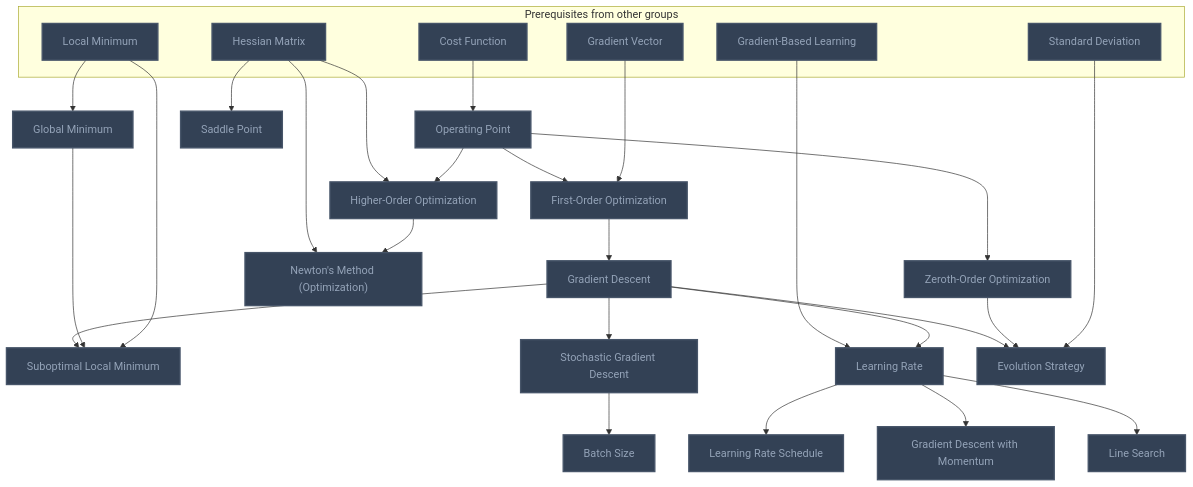
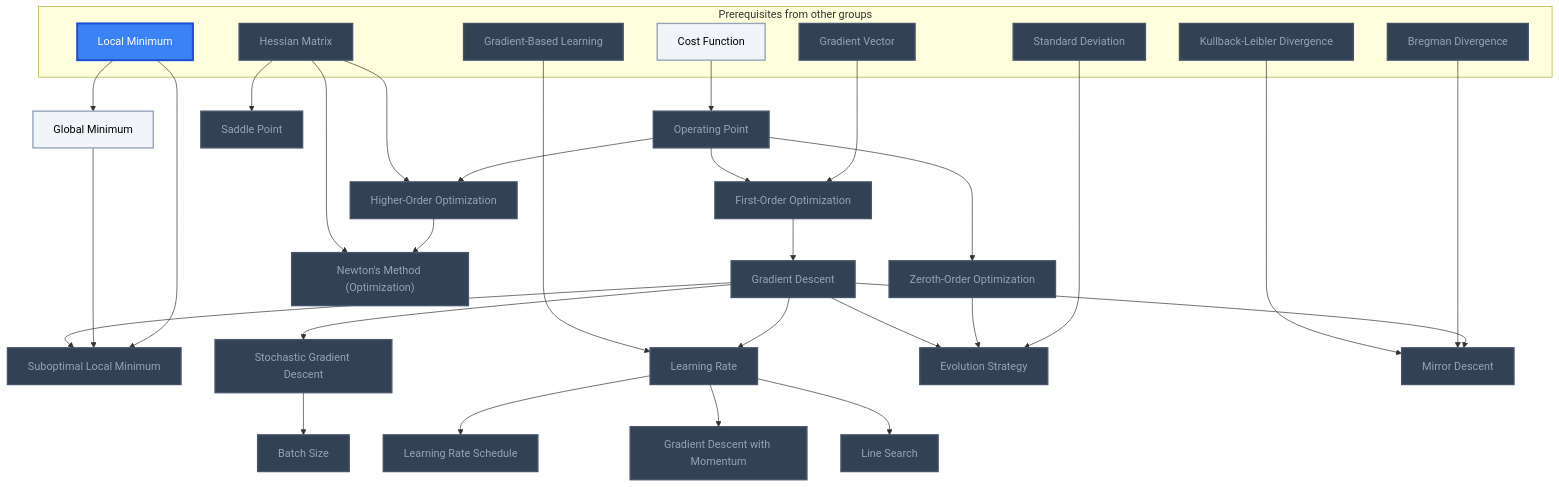
The second of 2 diagrams in Gamification/Skill Trees/Optimization.md (MRauf1/My-Notes), drawn with Mermaid before and after one commit. The commit also changed other lines of this file and 156 other files, not shown here.

````diff
--- a/Gamification/Skill Trees/Optimization.md
+++ b/Gamification/Skill Trees/Optimization.md
@@ -39,62 +40,70 @@
 ```mermaid
 flowchart TD
     classDef planned fill:#1E293B,stroke:#64748B,stroke-width:2px,stroke-dasharray:5 5,color:#94A3B8;
     classDef locked fill:#334155,stroke:#475569,stroke-width:2px,color:#94A3B8;
     classDef L0 fill:#F1F5F9,stroke:#94A3B8,stroke-width:2px,color:#000000;
     classDef L1 fill:#22C55E,stroke:#15803D,stroke-width:2px,color:#000000;
     classDef L2 fill:#3B82F6,stroke:#1D4ED8,stroke-width:3px,color:#FFFFFF;
     classDef L3 fill:#A855F7,stroke:#6B21A8,stroke-width:3px,color:#FFFFFF,font-weight:bold;
     classDef L4 fill:#F97316,stroke:#C2410C,stroke-width:4px,color:#000000,font-weight:bold;
     classDef L5 fill:#FFD700,stroke:#FF8C00,stroke-width:5px,color:#000000,font-weight:bold;
     classDef rusty stroke:#8B4513,stroke-width:4px,stroke-dasharray:3 3;
     subgraph sg_prereqs["Prerequisites from other groups"]
         n_cost_function["Cost Function"]
         n_gradient_vector["Gradient Vector"]
         n_hessian_matrix["Hessian Matrix"]
         n_gradient_based_learning["Gradient-Based Learning"]
         n_local_minimum["Local Minimum"]
         n_standard_deviation["Standard Deviation"]
+        n_bregman_divergence["Bregman Divergence"]
+        n_kullback_leibler_divergence["Kullback-Leibler Divergence"]
     end
     n_operating_point["Operating Point"]
     n_zeroth_order_optimization["Zeroth-Order Optimization"]
     n_first_order_optimization["First-Order Optimization"]
     n_higher_order_optimization["Higher-Order Optimization"]
     n_global_minimum["Global Minimum"]
     n_suboptimal_local_minimum["Suboptimal Local Minimum"]
     n_saddle_point["Saddle Point"]
     n_gradient_descent["Gradient Descent"]
     n_learning_rate["Learning Rate"]
     n_learning_rate_schedule["Learning Rate Schedule"]
     n_stochastic_gradient_descent["Stochastic Gradient Descent"]
     n_batch_size["Batch Size"]
     n_gradient_descent_with_momentum["Gradient Descent with Momentum"]
     n_line_search["Line Search"]
     n_newton_s_method_optimization["Newton's Method (Optimization)"]
     n_evolution_strategy["Evolution Strategy"]
+    n_mirror_descent["Mirror Descent"]
     n_cost_function --> n_operating_point
     n_operating_point --> n_zeroth_order_optimization
     n_gradient_vector --> n_first_order_optimization
     n_operating_point --> n_first_order_optimization
     n_operating_point --> n_higher_order_optimization
     n_hessian_matrix --> n_higher_order_optimization
     n_first_order_optimization --> n_gradient_descent
     n_gradient_descent --> n_learning_rate
     n_gradient_based_learning --> n_learning_rate
     n_learning_rate --> n_learning_rate_schedule
     n_gradient_descent --> n_stochastic_gradient_descent
     n_stochastic_gradient_descent --> n_batch_size
     n_learning_rate --> n_gradient_descent_with_momentum
     n_local_minimum --> n_suboptimal_local_minimum
     n_global_minimum --> n_suboptimal_local_minimum
     n_gradient_descent --> n_suboptimal_local_minimum
     n_standard_deviation --> n_evolution_strategy
     n_zeroth_order_optimization --> n_evolution_strategy
     n_gradient_descent --> n_evolution_strategy
     n_local_minimum --> n_global_minimum
     n_hessian_matrix --> n_saddle_point
     n_higher_order_optimization --> n_newton_s_method_optimization
     n_hessian_matrix --> n_newton_s_method_optimization
     n_learning_rate --> n_line_search
-    class n_cost_function,n_gradient_vector,n_hessian_matrix,n_gradient_based_learning,n_local_minimum,n_standard_deviation,n_operating_point,n_zeroth_order_optimization,n_first_order_optimization,n_higher_order_optimization,n_global_minimum,n_suboptimal_local_minimum,n_saddle_point,n_gradient_descent,n_learning_rate,n_learning_rate_schedule,n_stochastic_gradient_descent,n_batch_size,n_gradient_descent_with_momentum,n_line_search,n_newton_s_method_optimization,n_evolution_strategy locked;
-    class n_cost_function,n_gradient_vector,n_hessian_matrix,n_gradient_based_learning,n_local_minimum,n_standard_deviation,n_operating_point,n_zeroth_order_optimization,n_first_order_optimization,n_higher_order_optimization,n_global_minimum,n_suboptimal_local_minimum,n_saddle_point,n_gradient_descent,n_learning_rate,n_learning_rate_schedule,n_stochastic_gradient_descent,n_batch_size,n_gradient_descent_with_momentum,n_line_search,n_newton_s_method_optimization,n_evolution_strategy internal-link;
+    n_gradient_descent --> n_mirror_descent
+    n_bregman_divergence --> n_mirror_descent
+    n_kullback_leibler_divergence --> n_mirror_descent
+    class n_gradient_vector,n_hessian_matrix,n_gradient_based_learning,n_standard_deviation,n_bregman_divergence,n_kullback_leibler_divergence,n_operating_point,n_zeroth_order_optimization,n_first_order_optimization,n_higher_order_optimization,n_suboptimal_local_minimum,n_saddle_point,n_gradient_descent,n_learning_rate,n_learning_rate_schedule,n_stochastic_gradient_descent,n_batch_size,n_gradient_descent_with_momentum,n_line_search,n_newton_s_method_optimization,n_evolution_strategy,n_mirror_descent locked;
+    class n_cost_function,n_global_minimum L0;
+    class n_local_minimum L2;
+    class n_cost_function,n_gradient_vector,n_hessian_matrix,n_gradient_based_learning,n_local_minimum,n_standard_deviation,n_bregman_divergence,n_kullback_leibler_divergence,n_operating_point,n_zeroth_order_optimization,n_first_order_optimization,n_higher_order_optimization,n_global_minimum,n_suboptimal_local_minimum,n_saddle_point,n_gradient_descent,n_learning_rate,n_learning_rate_schedule,n_stochastic_gradient_descent,n_batch_size,n_gradient_descent_with_momentum,n_line_search,n_newton_s_method_optimization,n_evolution_strategy,n_mirror_descent internal-link;
 ```
````
